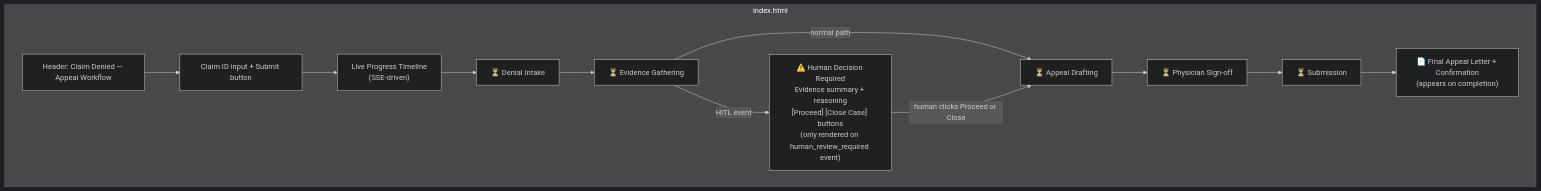
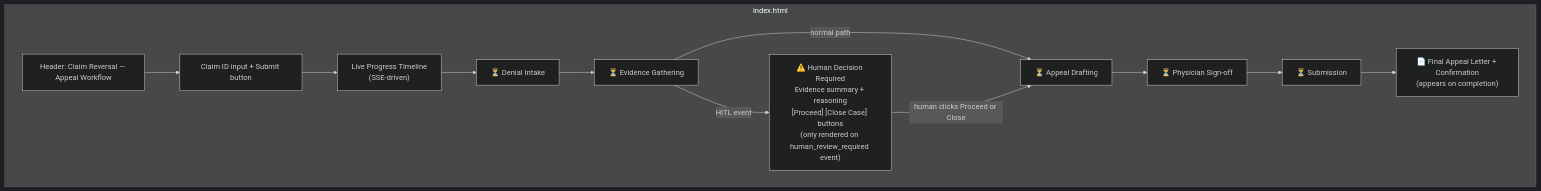
The eighth of 9 diagrams in _docs/02.clinical-denial-reversal-tech-spec.md (tuangatech/claim-reversal), drawn with Mermaid (dark theme) before and after one commit. The commit also changed other lines of this file and 11 other files, not shown here.

````diff
--- a/_docs/02.clinical-denial-reversal-tech-spec.md
+++ b/_docs/02.clinical-denial-reversal-tech-spec.md
@@ -865,23 +865,23 @@
 ```mermaid
 graph TD
     subgraph "index.html"
-        HEADER["Header: Claim Denied — Appeal Workflow"]
+        HEADER["Header: Claim Reversal — Appeal Workflow"]
         INPUT["Claim ID input + Submit button"]
         TIMELINE["Live Progress Timeline\n(SSE-driven)"]
         STEP1["⏳ Denial Intake"]
         STEP2["⏳ Evidence Gathering"]
         HITL_CARD["⚠️ Human Decision Required\nEvidence summary + reasoning\n[Proceed] [Close Case] buttons\n(only rendered on human_review_required event)"]
         STEP3["⏳ Appeal Drafting"]
         STEP4["⏳ Physician Sign-off"]
         STEP5["⏳ Submission"]
         LETTER["📄 Final Appeal Letter + Confirmation\n(appears on completion)"]
 
         HEADER --> INPUT --> TIMELINE
         TIMELINE --> STEP1 --> STEP2
         STEP2 -->|"normal path"| STEP3
         STEP2 -->|"HITL event"| HITL_CARD
         HITL_CARD -->|"human clicks Proceed or Close"| STEP3
         STEP3 --> STEP4 --> STEP5
         STEP5 --> LETTER
     end
 ```
````
